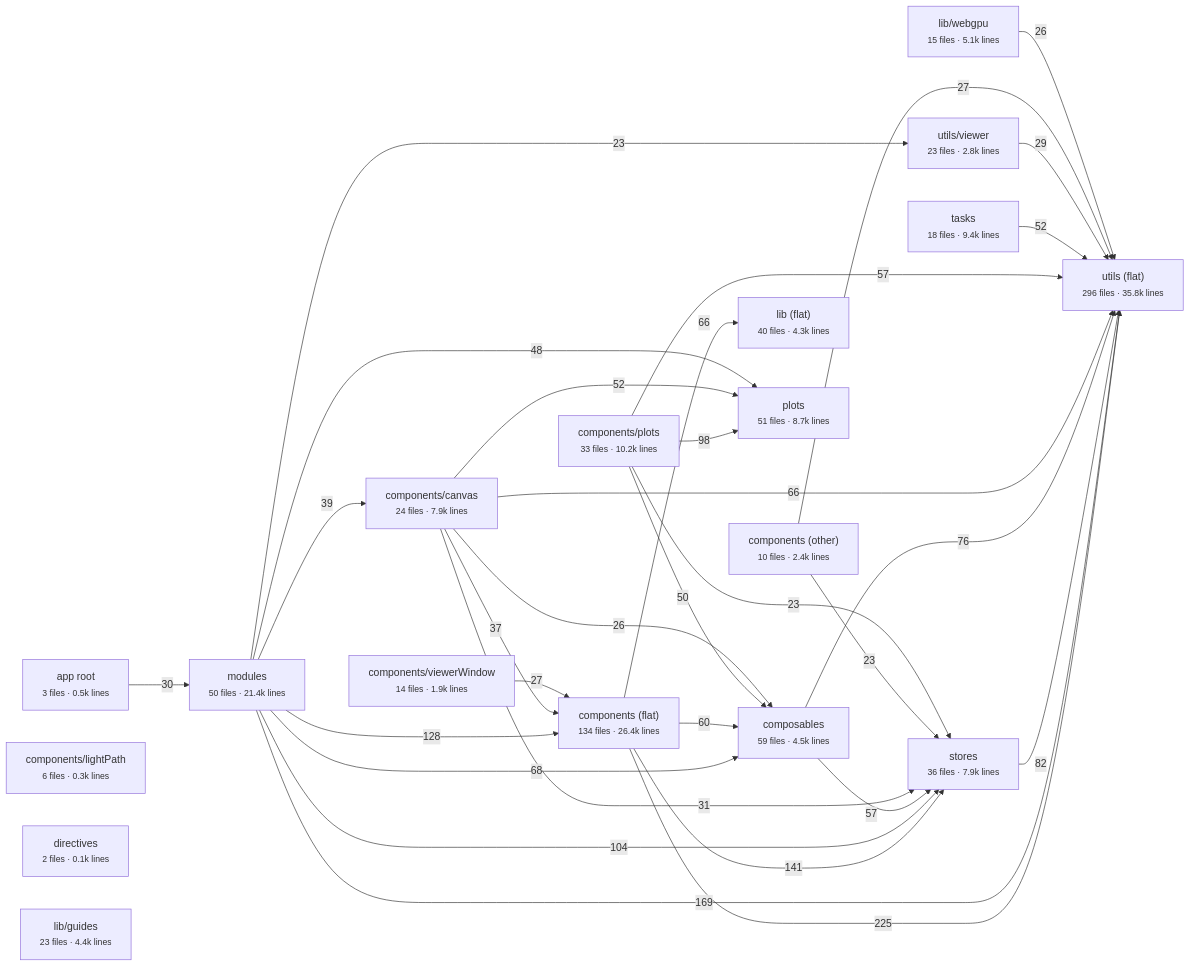
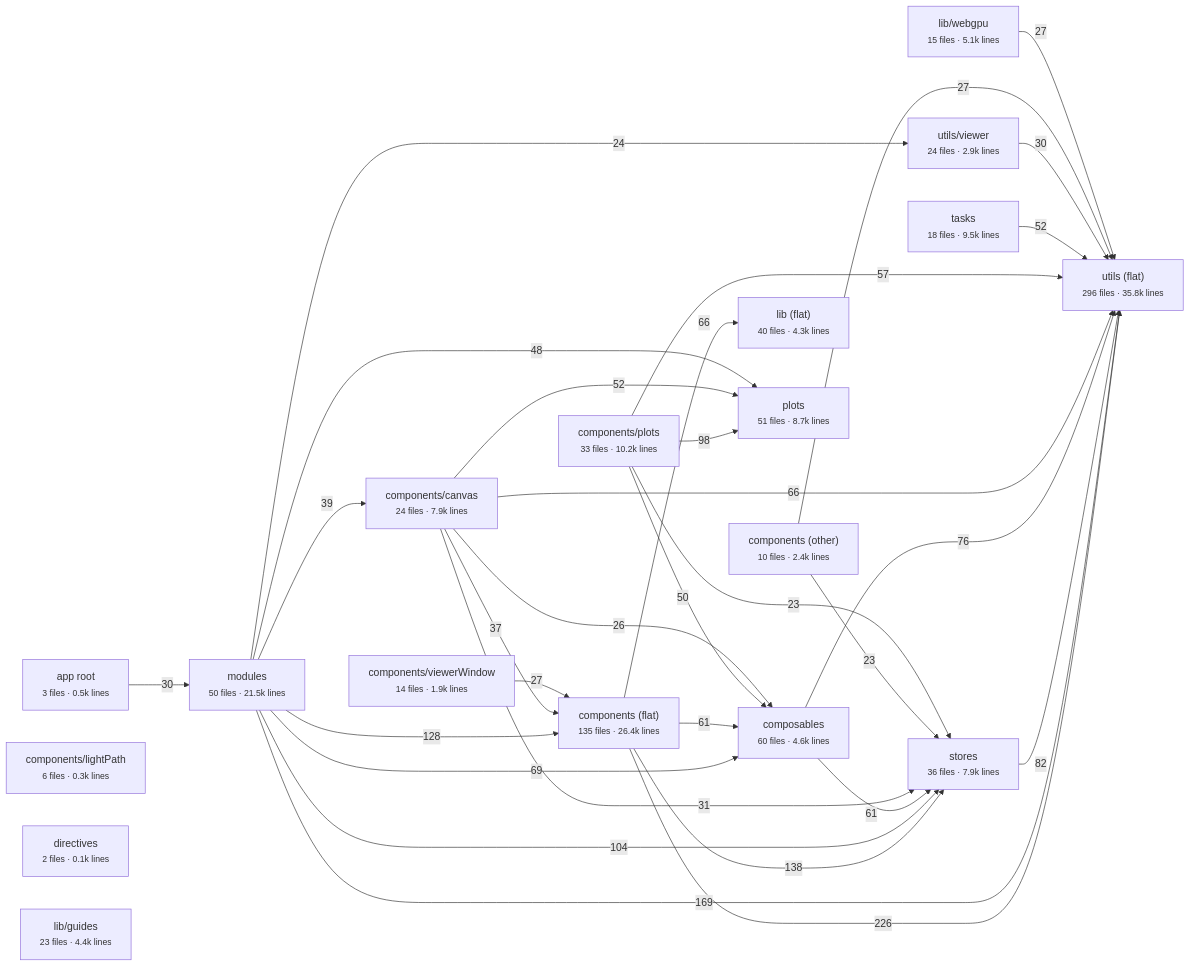
Before and after one commit to schienstockd/cecelia: the diagram in docs/architecture/vue/layers.md, drawn with Mermaid. The commit also changed other lines of this file and 19 other files, not shown here.

````diff
--- a/docs/architecture/vue/layers.md
+++ b/docs/architecture/vue/layers.md
@@ -10,51 +10,51 @@
 ```mermaid
 flowchart LR
   app_root["app root<br/><small>3 files · 0.5k lines</small>"]
-  components__flat_["components (flat)<br/><small>134 files · 26.4k lines</small>"]
+  components__flat_["components (flat)<br/><small>135 files · 26.4k lines</small>"]
   components__other_["components (other)<br/><small>10 files · 2.4k lines</small>"]
   components_canvas["components/canvas<br/><small>24 files · 7.9k lines</small>"]
   components_lightPath["components/lightPath<br/><small>6 files · 0.3k lines</small>"]
   components_plots["components/plots<br/><small>33 files · 10.2k lines</small>"]
   components_viewerWindow["components/viewerWindow<br/><small>14 files · 1.9k lines</small>"]
-  composables["composables<br/><small>59 files · 4.5k lines</small>"]
+  composables["composables<br/><small>60 files · 4.6k lines</small>"]
   directives["directives<br/><small>2 files · 0.1k lines</small>"]
   lib__flat_["lib (flat)<br/><small>40 files · 4.3k lines</small>"]
   lib_guides["lib/guides<br/><small>23 files · 4.4k lines</small>"]
   lib_webgpu["lib/webgpu<br/><small>15 files · 5.1k lines</small>"]
-  modules["modules<br/><small>50 files · 21.4k lines</small>"]
+  modules["modules<br/><small>50 files · 21.5k lines</small>"]
   plots["plots<br/><small>51 files · 8.7k lines</small>"]
   stores["stores<br/><small>36 files · 7.9k lines</small>"]
-  tasks["tasks<br/><small>18 files · 9.4k lines</small>"]
+  tasks["tasks<br/><small>18 files · 9.5k lines</small>"]
   utils__flat_["utils (flat)<br/><small>296 files · 35.8k lines</small>"]
-  utils_viewer["utils/viewer<br/><small>23 files · 2.8k lines</small>"]
-  components__flat_ -->|225| utils__flat_
+  utils_viewer["utils/viewer<br/><small>24 files · 2.9k lines</small>"]
+  components__flat_ -->|226| utils__flat_
   modules -->|169| utils__flat_
-  components__flat_ -->|141| stores
+  components__flat_ -->|138| stores
   modules -->|128| components__flat_
   modules -->|104| stores
   components_plots -->|98| plots
   stores -->|82| utils__flat_
   composables -->|76| utils__flat_
-  modules -->|68| composables
+  modules -->|69| composables
   components__flat_ -->|66| lib__flat_
   components_canvas -->|66| utils__flat_
-  components__flat_ -->|60| composables
+  components__flat_ -->|61| composables
+  composables -->|61| stores
   components_plots -->|57| utils__flat_
-  composables -->|57| stores
   components_canvas -->|52| plots
   tasks -->|52| utils__flat_
   components_plots -->|50| composables
   modules -->|48| plots
   modules -->|39| components_canvas
   components_canvas -->|37| components__flat_
   components_canvas -->|31| stores
   app_root -->|30| modules
-  utils_viewer -->|29| utils__flat_
+  utils_viewer -->|30| utils__flat_
   components__other_ -->|27| utils__flat_
   components_viewerWindow -->|27| components__flat_
+  lib_webgpu -->|27| utils__flat_
   components_canvas -->|26| composables
-  lib_webgpu -->|26| utils__flat_
+  modules -->|24| utils_viewer
   components__other_ -->|23| stores
   components_plots -->|23| stores
-  modules -->|23| utils_viewer
 ```
````
